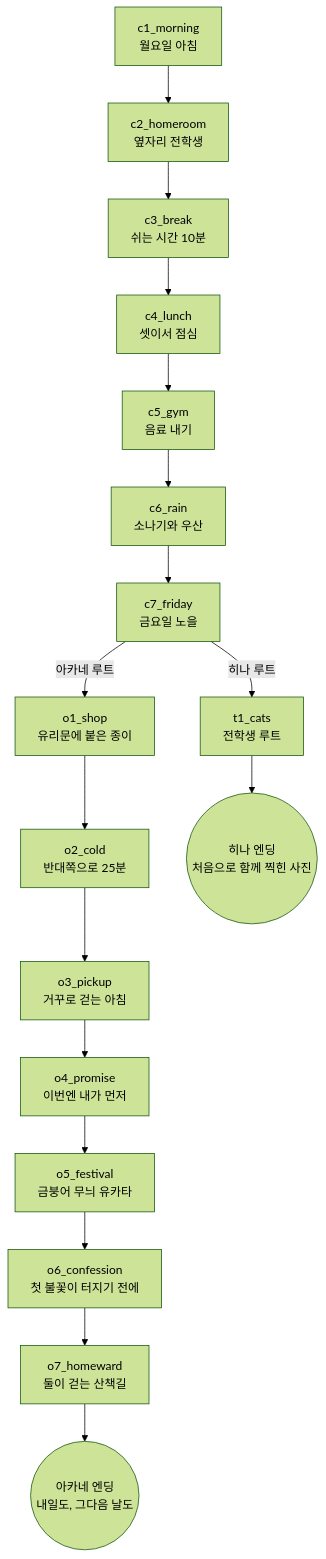
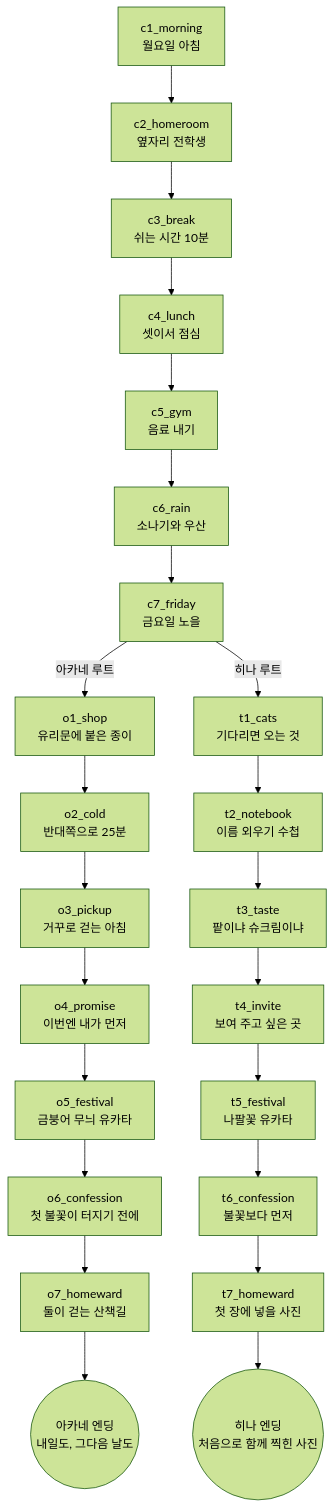
The diagram in docs/SCRIPT.md (dlehdrjs00/2), drawn with Mermaid (forest theme) before and after one commit. The commit also changed other lines of this file and 12 other files, not shown here.

````diff
--- a/docs/SCRIPT.md
+++ b/docs/SCRIPT.md
@@ -15,34 +15,46 @@
 ```mermaid
 flowchart TD
   c1_morning["c1_morning<br/>월요일 아침"]
   c2_homeroom["c2_homeroom<br/>옆자리 전학생"]
   c3_break["c3_break<br/>쉬는 시간 10분"]
   c4_lunch["c4_lunch<br/>셋이서 점심"]
   c5_gym["c5_gym<br/>음료 내기"]
   c6_rain["c6_rain<br/>소나기와 우산"]
   c7_friday["c7_friday<br/>금요일 노을"]
   o1_shop["o1_shop<br/>유리문에 붙은 종이"]
   o2_cold["o2_cold<br/>반대쪽으로 25분"]
   o3_pickup["o3_pickup<br/>거꾸로 걷는 아침"]
   o4_promise["o4_promise<br/>이번엔 내가 먼저"]
   o5_festival["o5_festival<br/>금붕어 무늬 유카타"]
   o6_confession["o6_confession<br/>첫 불꽃이 터지기 전에"]
   o7_homeward["o7_homeward<br/>둘이 걷는 산책길"]
-  t1_cats["t1_cats<br/>전학생 루트"]
+  t1_cats["t1_cats<br/>기다리면 오는 것"]
+  t2_notebook["t2_notebook<br/>이름 외우기 수첩"]
+  t3_taste["t3_taste<br/>팥이냐 슈크림이냐"]
+  t4_invite["t4_invite<br/>보여 주고 싶은 곳"]
+  t5_festival["t5_festival<br/>나팔꽃 유카타"]
+  t6_confession["t6_confession<br/>불꽃보다 먼저"]
+  t7_homeward["t7_homeward<br/>첫 장에 넣을 사진"]
   c1_morning --> c2_homeroom
   c2_homeroom --> c3_break
   c3_break --> c4_lunch
   c4_lunch --> c5_gym
   c5_gym --> c6_rain
   c6_rain --> c7_friday
   c7_friday -->|"아카네 루트"| o1_shop
   c7_friday -->|"히나 루트"| t1_cats
   o1_shop --> o2_cold
   o2_cold --> o3_pickup
   o3_pickup --> o4_promise
   o4_promise --> o5_festival
   o5_festival --> o6_confession
   o6_confession --> o7_homeward
   o7_homeward --> END_osana(("아카네 엔딩<br/>내일도, 그다음 날도"))
-  t1_cats --> END_tenko(("히나 엔딩<br/>처음으로 함께 찍힌 사진"))
+  t1_cats --> t2_notebook
+  t2_notebook --> t3_taste
+  t3_taste --> t4_invite
+  t4_invite --> t5_festival
+  t5_festival --> t6_confession
+  t6_confession --> t7_homeward
+  t7_homeward --> END_tenko(("히나 엔딩<br/>처음으로 함께 찍힌 사진"))
 ```
````
